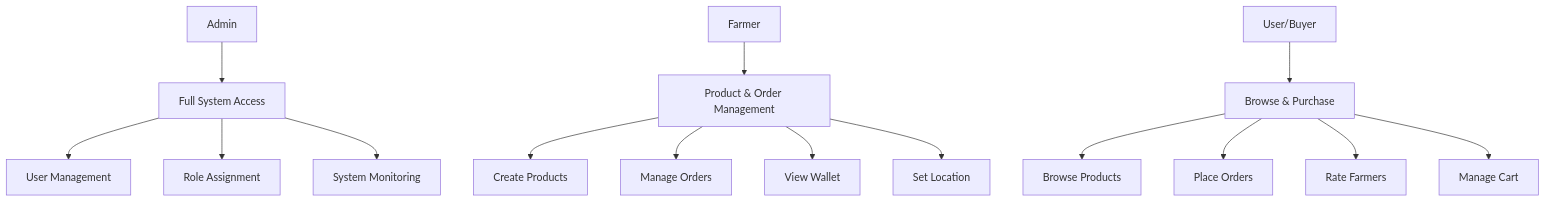
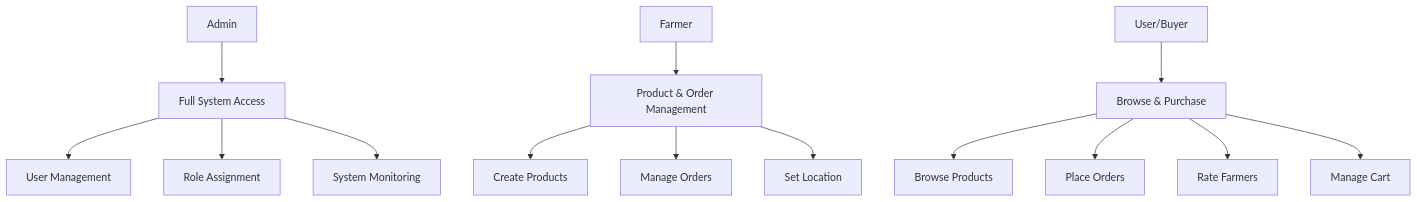
The fourth of 16 diagrams in SYSTEM_ARCHITECTURE_CHART.md (Galowss/Harvest-Hub), drawn with Mermaid before and after one commit. The commit also changed other lines of this file and 5 other files, not shown here.

````diff
--- a/SYSTEM_ARCHITECTURE_CHART.md
+++ b/SYSTEM_ARCHITECTURE_CHART.md
@@ -705,20 +663,19 @@
 ```mermaid
 graph TD
     ADMIN[Admin] --> ADMIN_PERM[Full System Access]
     FARMER[Farmer] --> FARMER_PERM[Product & Order Management]
     USER[User/Buyer] --> USER_PERM[Browse & Purchase]
     
     ADMIN_PERM --> AP1[User Management]
     ADMIN_PERM --> AP2[Role Assignment]
     ADMIN_PERM --> AP3[System Monitoring]
     
     FARMER_PERM --> FP1[Create Products]
     FARMER_PERM --> FP2[Manage Orders]
-    FARMER_PERM --> FP3[View Wallet]
-    FARMER_PERM --> FP4[Set Location]
+    FARMER_PERM --> FP3[Set Location]
     
     USER_PERM --> UP1[Browse Products]
     USER_PERM --> UP2[Place Orders]
     USER_PERM --> UP3[Rate Farmers]
     USER_PERM --> UP4[Manage Cart]
 ```
````
